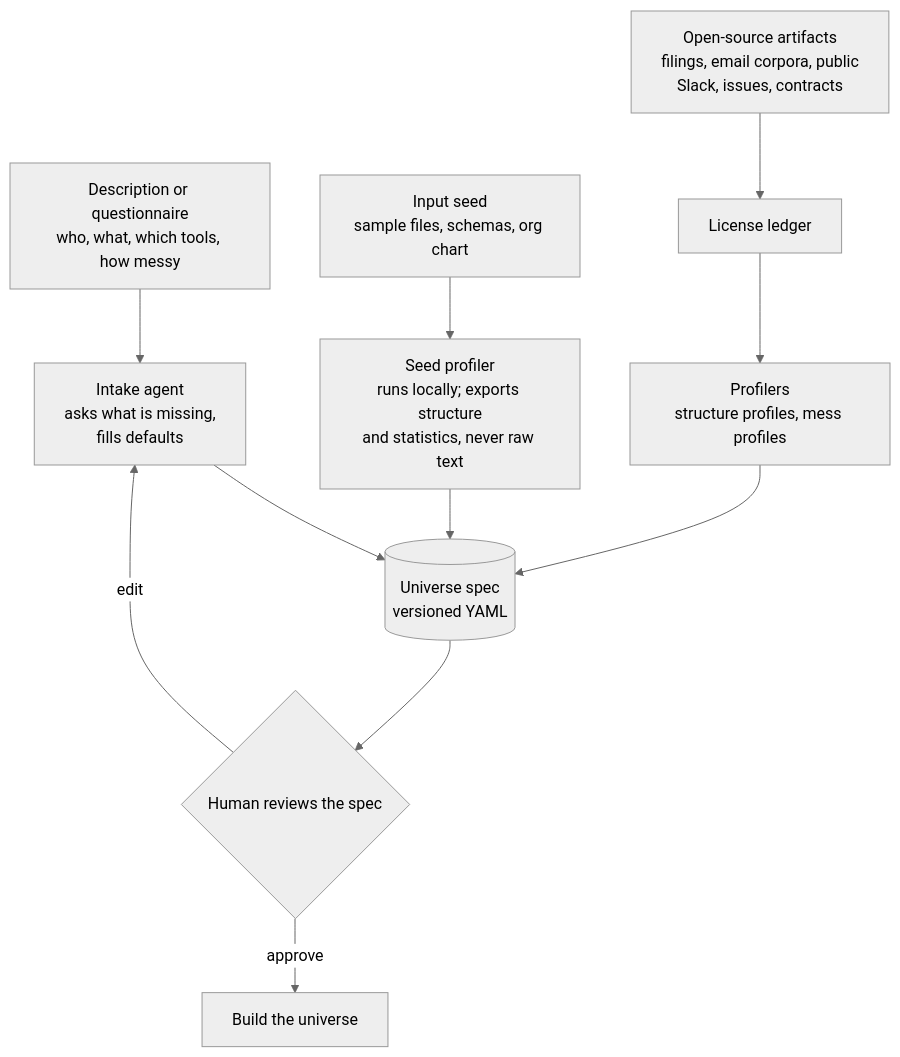
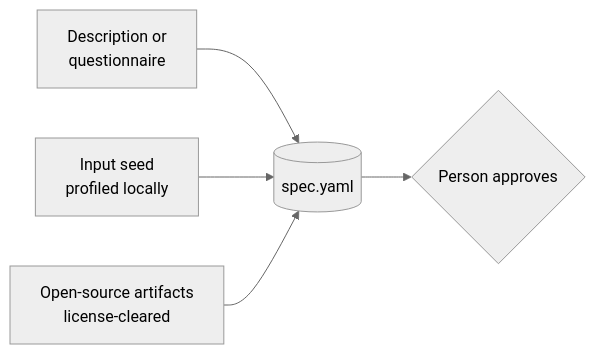
One commit to nbdesai1992/orbifex changed the fourth of 10 diagrams in README.md. Above: the diagram before and after it, drawn with Mermaid (neutral theme). The commit also changed other lines of this file and 6 other files, not shown here.

````diff
--- a/README.md
+++ b/README.md
@@ -149,12 +224,7 @@
 ```mermaid
-flowchart TD
-  Q["Description or questionnaire<br/>who, what, which tools, how messy"] --> INT["Intake agent<br/>asks what is missing,<br/>fills defaults"]
-  S["Input seed<br/>sample files, schemas, org chart"] --> PRO["Seed profiler<br/>runs locally; exports structure<br/>and statistics, never raw text"]
-  O["Open-source artifacts<br/>filings, email corpora, public<br/>Slack, issues, contracts"] --> LED["License ledger"] --> PROF["Profilers<br/>structure profiles, mess profiles"]
-  INT --> SPEC[("Universe spec<br/>versioned YAML")]
-  PRO --> SPEC
-  PROF --> SPEC
-  SPEC --> REV{"Human reviews the spec"}
-  REV -- edit --> INT
-  REV -- approve --> BUILD["Build the universe"]
+flowchart LR
+  Q["Description or<br/>questionnaire"] --> SP[("spec.yaml")]
+  S["Input seed<br/>profiled locally"] --> SP
+  O["Open-source artifacts<br/>license-cleared"] --> SP
+  SP --> H{"Person approves"}
 ```
````
